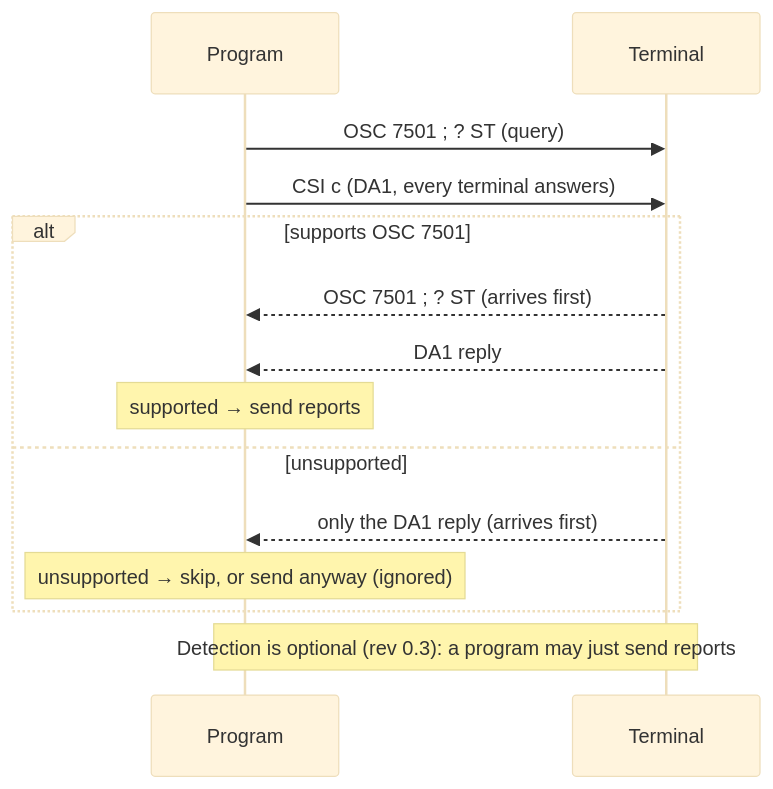
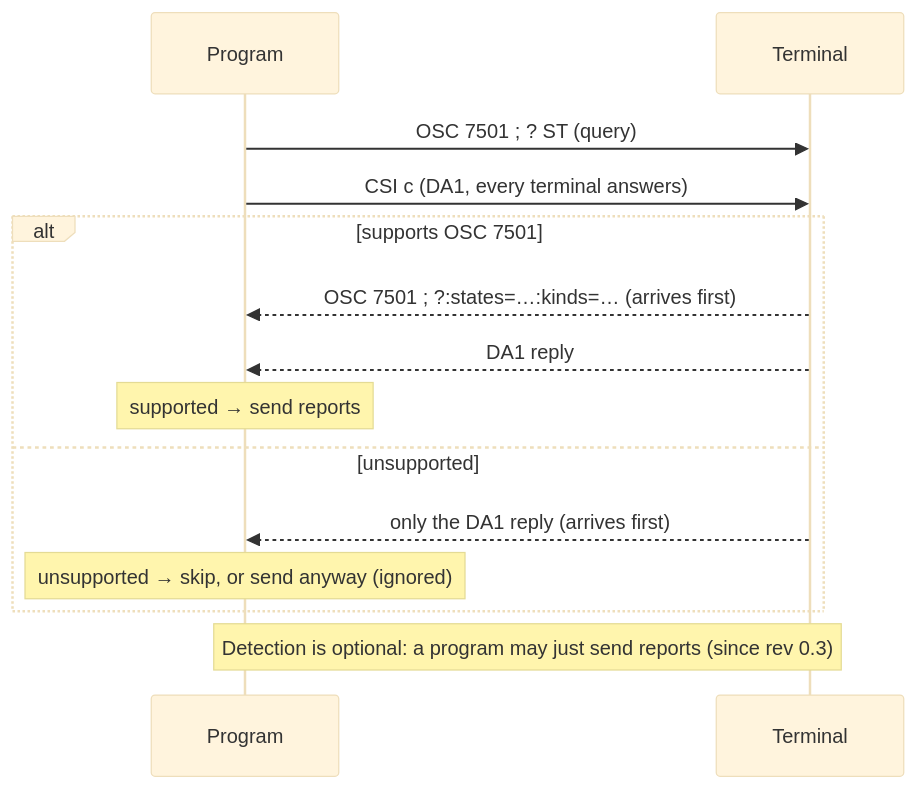
Before and after one commit to hyeebeen/awesome-osc7501: the second of 3 diagrams in README.en.md, drawn with Mermaid (base theme). The commit also changed other lines of this file and 1 other file, not shown here.

Commit message:
docs(readme): update to spec rev 0.4

````diff
--- a/README.en.md
+++ b/README.en.md
@@ -89,16 +94,16 @@
 ```mermaid
 sequenceDiagram
   participant P as Program
   participant T as Terminal
   P->>T: OSC 7501 #59; ? ST (query)
   P->>T: CSI c (DA1, every terminal answers)
   alt supports OSC 7501
-    T-->>P: OSC 7501 #59; ? ST (arrives first)
+    T-->>P: OSC 7501 #59; ?:states=…:kinds=… (arrives first)
     T-->>P: DA1 reply
     Note over P: supported → send reports
   else unsupported
     T-->>P: only the DA1 reply (arrives first)
     Note over P: unsupported → skip, or send anyway (ignored)
   end
-  Note over P,T: Detection is optional (rev 0.3): a program may just send reports
+  Note over P,T: Detection is optional: a program may just send reports (since rev 0.3)
 ```
````
